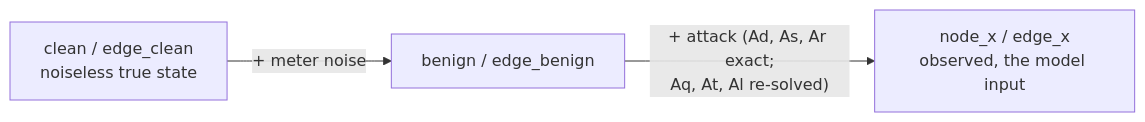
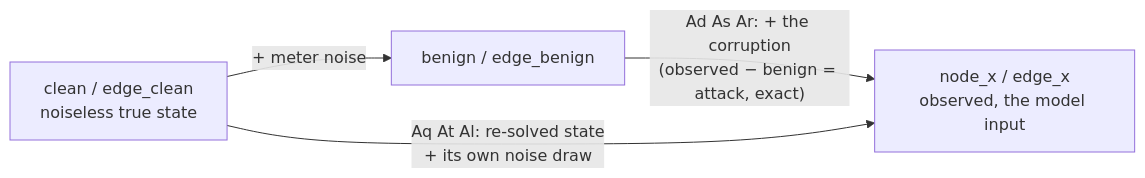
The diagram in docs/reference/DATA_DICTIONARY.md (myersben9/fdia-graph), drawn with Mermaid before and after one commit. The commit also changed 2 other files, not shown here.

Commit message:
Review: the diagrams show the two attack paths and the two fit paths

````diff
--- a/docs/reference/DATA_DICTIONARY.md
+++ b/docs/reference/DATA_DICTIONARY.md
@@ -128,5 +128,6 @@
 ```mermaid
 flowchart LR
     clean["clean / edge_clean<br/>noiseless true state"] -- "+ meter noise" --> benign["benign / edge_benign"]
-    benign -- "+ attack (Ad, As, Ar exact;<br/>Aq, At, Al re-solved)" --> obs["node_x / edge_x<br/>observed, the model input"]
+    benign -- "Ad As Ar: + the corruption<br/>(observed − benign = attack, exact)" --> obs["node_x / edge_x<br/>observed, the model input"]
+    clean -- "Aq At Al: re-solved state<br/>+ its own noise draw" --> obs
 ```
````
